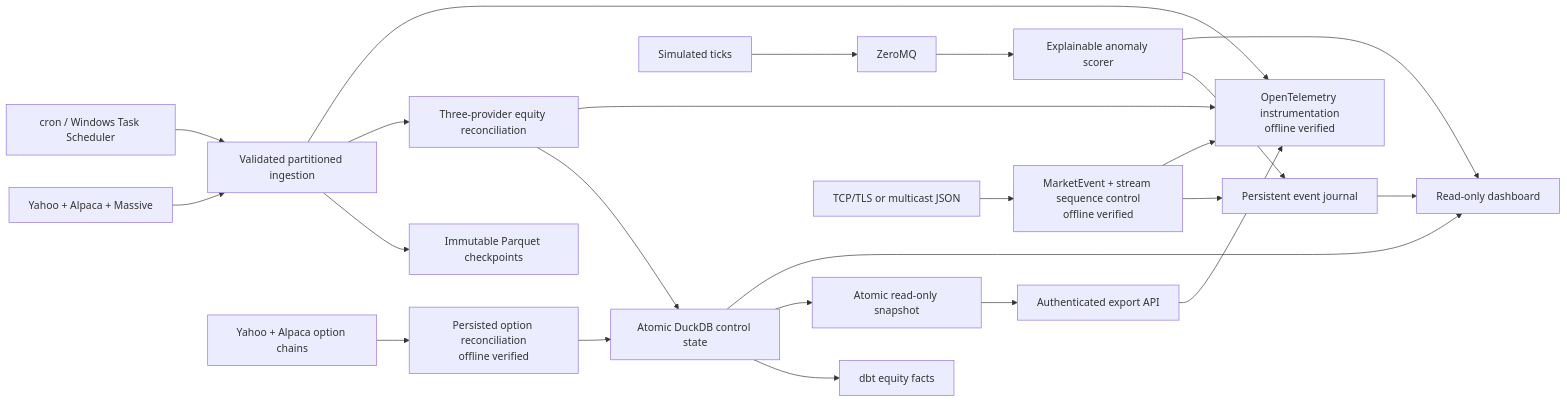
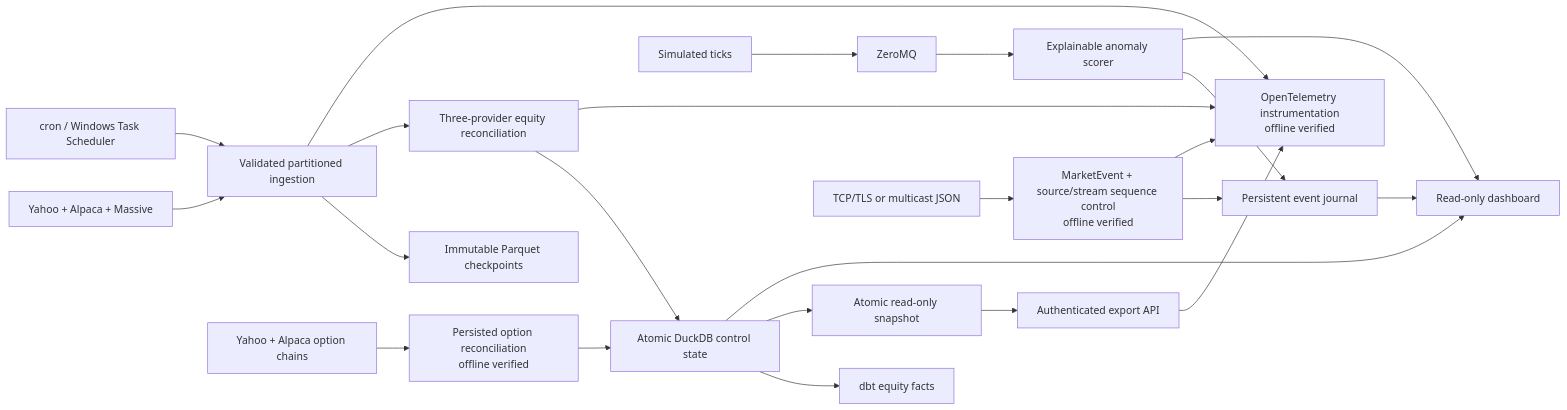
Before and after one commit to VivekReddy10-08-2004/Automated-reconciliation-engine: the first of 4 diagrams in docs/SYSTEM_DESIGN_WORKFLOW.md, drawn with Mermaid. The commit also changed other lines of this file and 35 other files, not shown here.

````diff
--- a/docs/SYSTEM_DESIGN_WORKFLOW.md
+++ b/docs/SYSTEM_DESIGN_WORKFLOW.md
@@ -28,22 +29,22 @@
 ```mermaid
 flowchart LR
     providers["Yahoo + Alpaca + Massive"] --> ingestion["Validated partitioned ingestion"]
     ingestion --> parquet["Immutable Parquet checkpoints"]
     ingestion --> equity["Three-provider equity reconciliation"]
     options["Yahoo + Alpaca option chains"] --> optionControl["Persisted option reconciliation\noffline verified"]
     equity --> duckdb["Atomic DuckDB control state"]
     optionControl --> duckdb
     duckdb --> dbt["dbt equity facts"]
     duckdb --> snapshot["Atomic read-only snapshot"]
     snapshot --> api["Authenticated export API"]
     duckdb --> dashboard["Read-only dashboard"]
     simulator["Simulated ticks"] --> zeromq["ZeroMQ"]
     zeromq --> scorer["Explainable anomaly scorer"]
-    network["TCP/TLS or multicast JSON"] --> marketEvent["MarketEvent + stream sequence control\noffline verified"]
+    network["TCP/TLS or multicast JSON"] --> marketEvent["MarketEvent + source/stream sequence control\noffline verified"]
     scorer --> journal["Persistent event journal"]
     marketEvent --> journal
     scorer --> dashboard
     journal --> dashboard
     ingestion & equity & api & marketEvent --> telemetry["OpenTelemetry instrumentation\noffline verified"]
     scheduler["cron / Windows Task Scheduler"] --> ingestion
 ```
````
